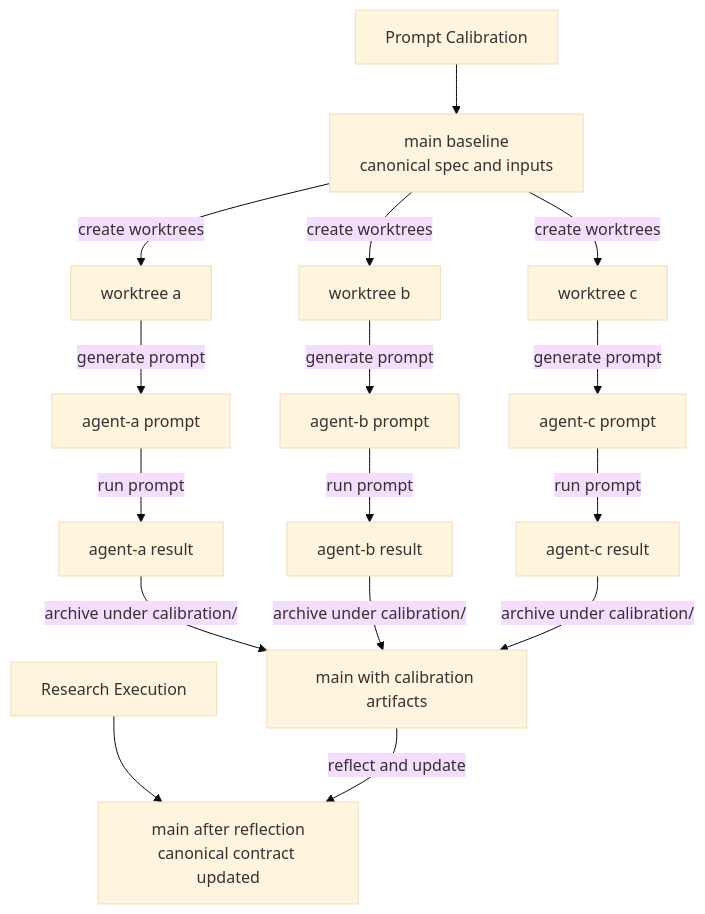
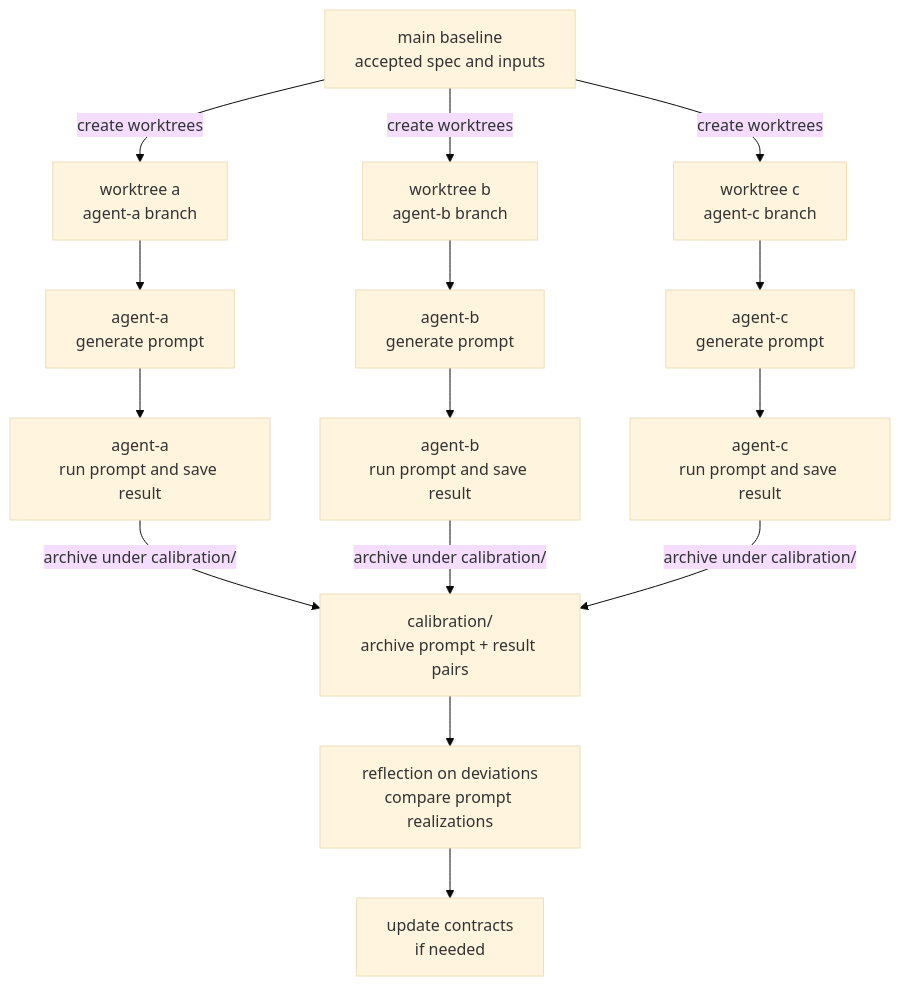
One commit to dtcc-platform/udt-platforms-mapping changed the second of 2 diagrams in README.md. Above: the diagram before and after it, drawn with Mermaid (base theme). The commit also changed other lines of this file, not shown here.

````diff
--- a/README.md
+++ b/README.md
@@ -180,44 +142,54 @@
 ```mermaid
 flowchart TD
-    C0["Prompt Calibration"]
-    R0["Research Execution"]
+    M["main baseline
+accepted spec and inputs"]
 
-    M0["main baseline
-canonical spec and inputs"]
+    W1["worktree a
+agent-a branch"]
+    W2["worktree b
+agent-b branch"]
+    W3["worktree c
+agent-c branch"]
 
-    W1["worktree a"]
-    W2["worktree b"]
-    W3["worktree c"]
+    P1["agent-a
+generate prompt"]
+    P2["agent-b
+generate prompt"]
+    P3["agent-c
+generate prompt"]
 
-    A1["agent-a prompt"]
-    B1["agent-b prompt"]
-    C1["agent-c prompt"]
+    R1["agent-a
+run prompt and save result"]
+    R2["agent-b
+run prompt and save result"]
+    R3["agent-c
+run prompt and save result"]
 
-    A2["agent-a result"]
-    B2["agent-b result"]
-    C2["agent-c result"]
+    C["calibration/
+archive prompt + result pairs"]
 
-    M1["main with calibration artifacts"]
-    M2["main after reflection
-canonical contract updated"]
+    F["reflection on deviations
+compare prompt realizations"]
 
-    C0 --> M0
-    M0 -->|create worktrees| W1
-    M0 -->|create worktrees| W2
-    M0 -->|create worktrees| W3
+    U["update contracts
+if needed"]
 
-    W1 -->|generate prompt| A1
-    W2 -->|generate prompt| B1
-    W3 -->|generate prompt| C1
+    M -->|create worktrees| W1
+    M -->|create worktrees| W2
+    M -->|create worktrees| W3
 
-    A1 -->|run prompt| A2
-    B1 -->|run prompt| B2
-    C1 -->|run prompt| C2
+    W1 --> P1
+    W2 --> P2
+    W3 --> P3
 
-    A2 -->|archive under calibration/| M1
-    B2 -->|archive under calibration/| M1
-    C2 -->|archive under calibration/| M1
+    P1 --> R1
+    P2 --> R2
+    P3 --> R3
 
-    R0 --> M2
-    M1 -->|reflect and update| M2
+    R1 -->|archive under calibration/| C
+    R2 -->|archive under calibration/| C
+    R3 -->|archive under calibration/| C
+
+    C --> F
+    F --> U
 ```
````
